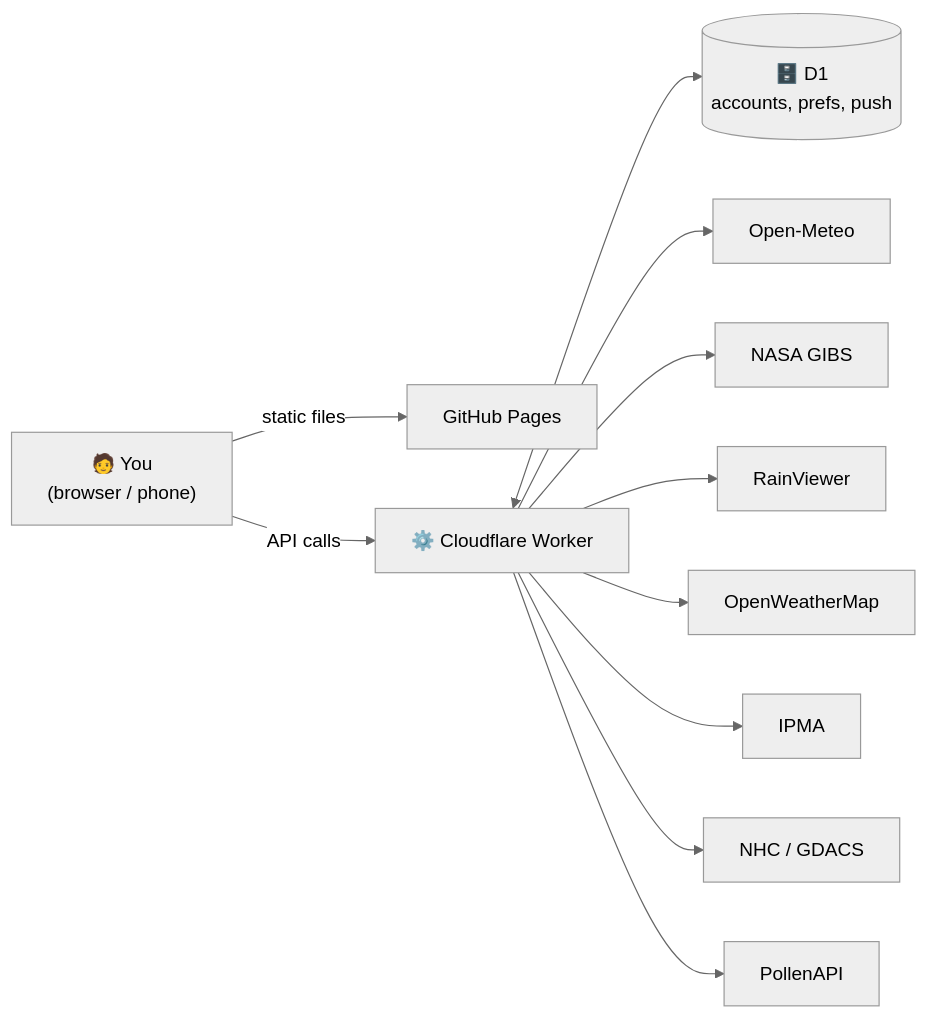
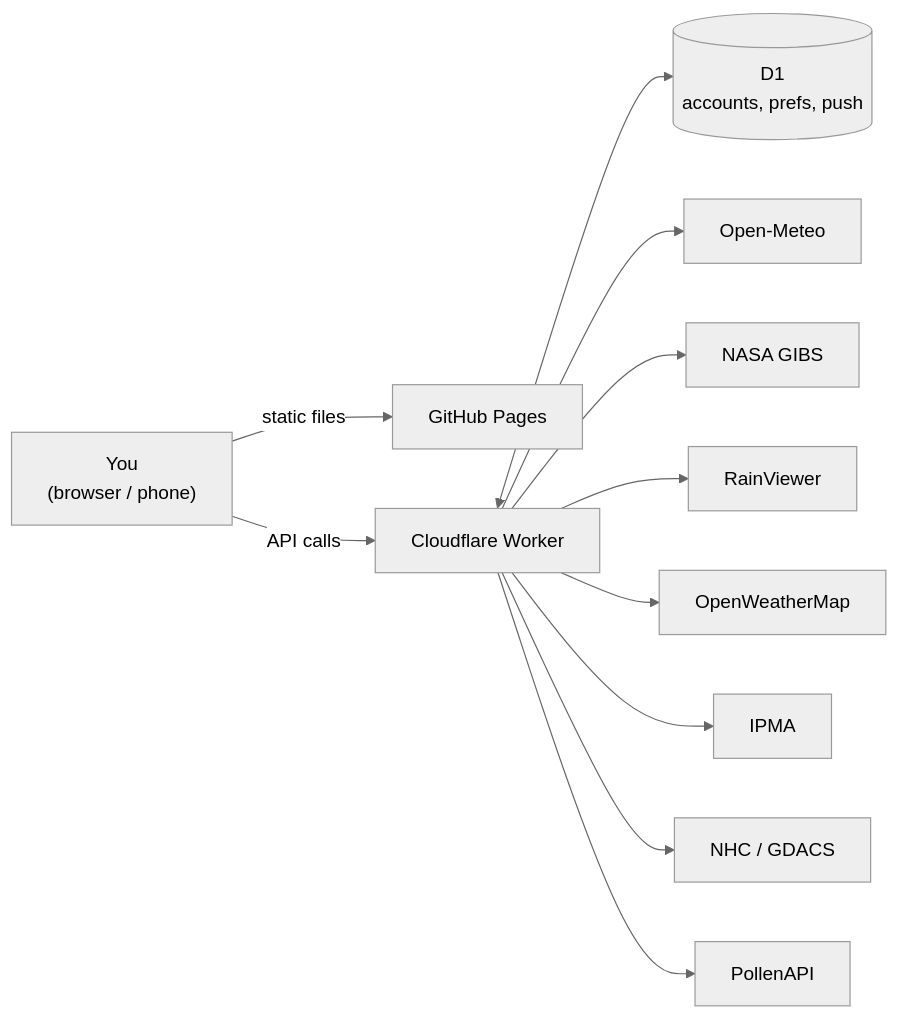
The diagram in README.md (LoriPori/SkyLab), drawn with Mermaid (neutral theme) before and after one commit. The commit also changed other lines of this file and 1 other file, not shown here.

````diff
--- a/README.md
+++ b/README.md
@@ -208,13 +208,13 @@
 ```mermaid
 flowchart LR
-    U["🧑 You<br/>(browser / phone)"] -->|static files| GH["GitHub Pages"]
-    U -->|API calls| W["⚙️ Cloudflare Worker"]
-    W <--> D[("🗄️ D1<br/>accounts, prefs, push")]
+   U[" You<br/>(browser / phone)"] -->|static files| GH["GitHub Pages"]
+   U -->|API calls| W[" Cloudflare Worker"]
+   W <--> D[(" D1<br/>accounts, prefs, push")]
     W --> OM["Open-Meteo"]
     W --> NASA["NASA GIBS"]
     W --> RV["RainViewer"]
     W --> OWM["OpenWeatherMap"]
     W --> IPMA["IPMA"]
     W --> NHC["NHC / GDACS"]
     W --> POL["PollenAPI"]
 ```
````
